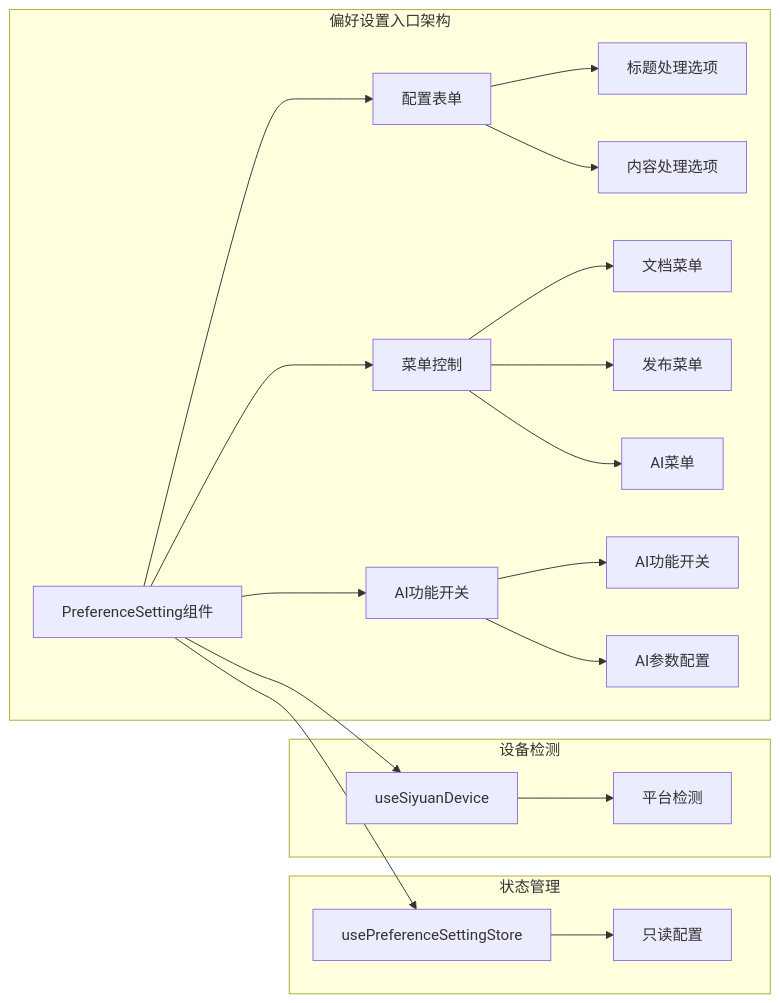
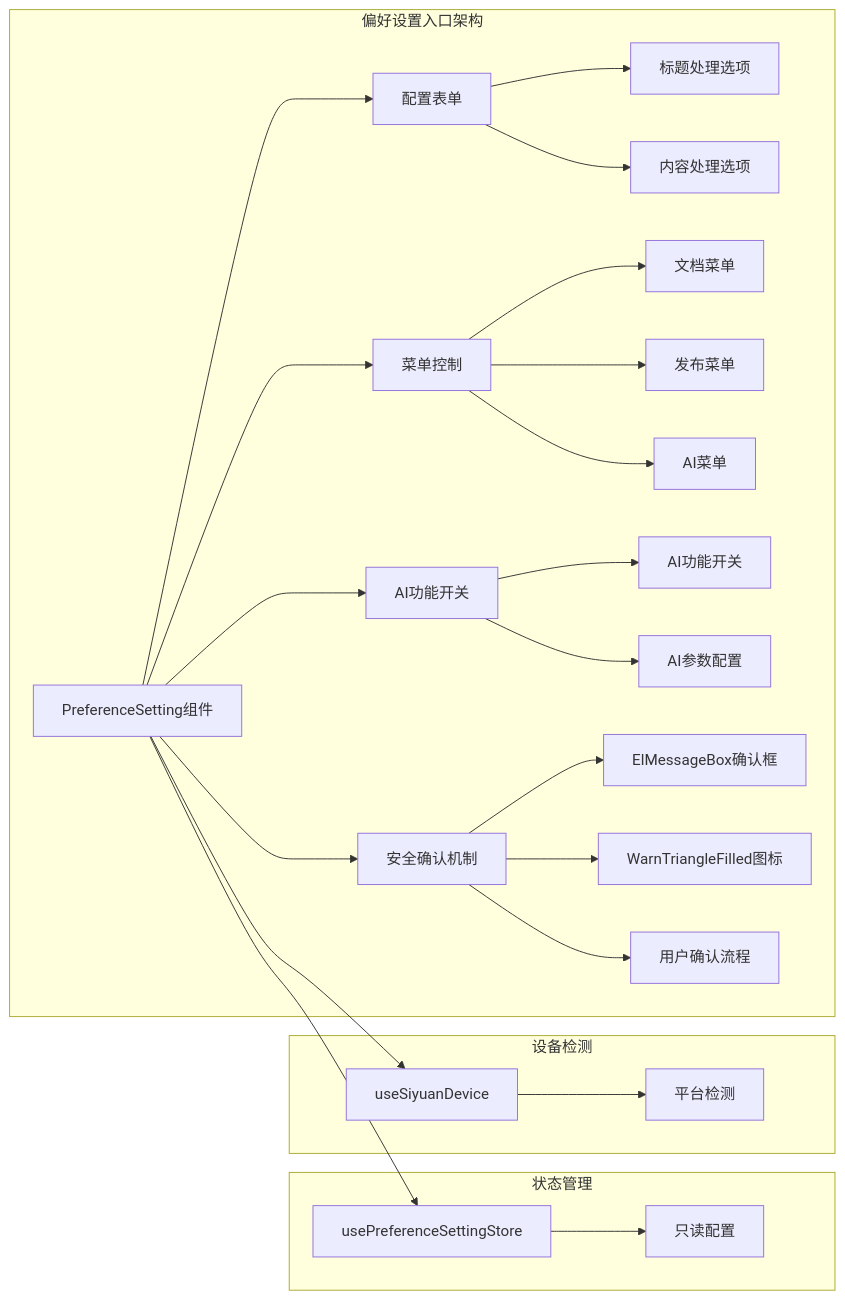
One commit to terwer/siyuan-plugin-publisher changed the eighth of 10 diagrams in .qoder/repowiki/zh/content/用户界面组件/设置组件/偏好设置组件.md. Above: the diagram before and after it, drawn with Mermaid. The commit also changed other lines of this file and 9 other files, not shown here.

````diff
--- a/.qoder/repowiki/zh/content/用户界面组件/设置组件/偏好设置组件.md
+++ b/.qoder/repowiki/zh/content/用户界面组件/设置组件/偏好设置组件.md
@@ -378,27 +392,31 @@
 ```mermaid
 graph LR
 subgraph "偏好设置入口架构"
 A[PreferenceSetting组件] --> B[配置表单]
 A --> C[菜单控制]
 A --> D[AI功能开关]
 B --> E[标题处理选项]
 B --> F[内容处理选项]
 C --> G[文档菜单]
 C --> H[发布菜单]
 C --> I[AI菜单]
 D --> J[AI功能开关]
 D --> K[AI参数配置]
+A --> L[安全确认机制]
+L --> M[ElMessageBox确认框]
+L --> N[WarnTriangleFilled图标]
+L --> O[用户确认流程]
 end
 subgraph "状态管理"
-L[usePreferenceSettingStore]
-M[只读配置]
+P[usePreferenceSettingStore]
+Q[只读配置]
 end
 subgraph "设备检测"
-N[useSiyuanDevice]
-O[平台检测]
+R[useSiyuanDevice]
+S[平台检测]
 end
-A --> L
-A --> N
-L --> M
-N --> O
+A --> P
+A --> R
+P --> Q
+R --> S
 ```
````
